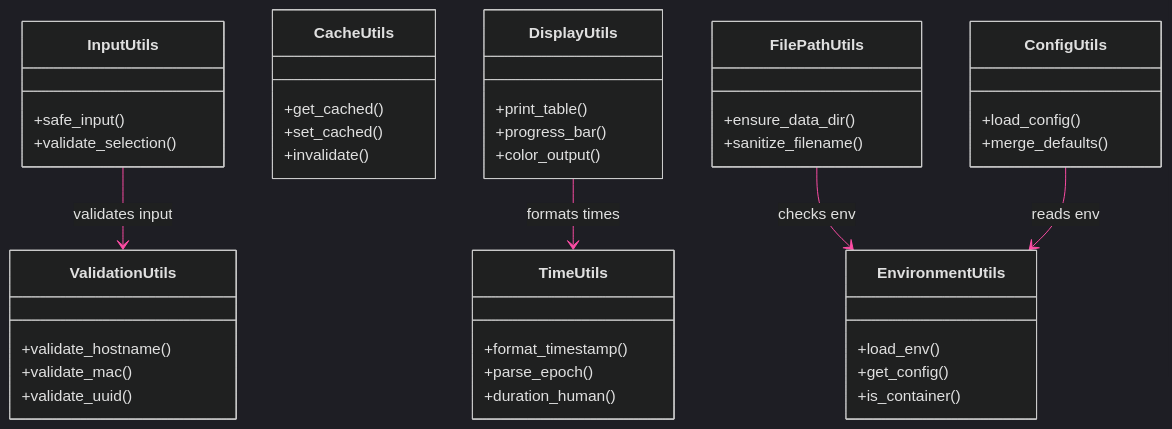
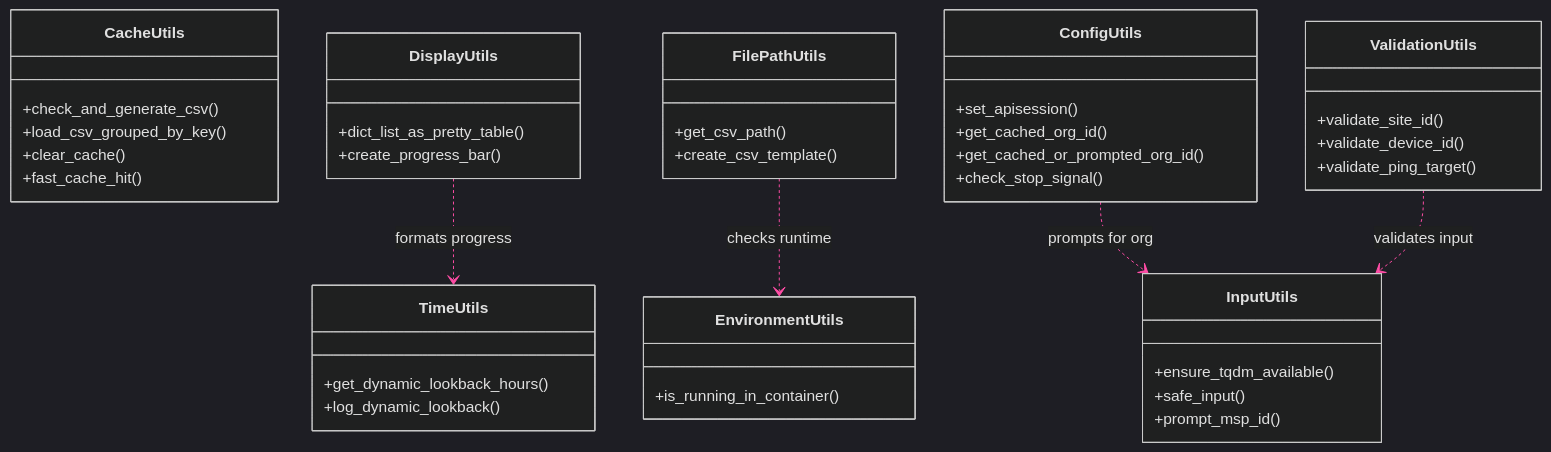
Before and after one commit to jmorrison-juniper/MistHelper: the first of 4 diagrams in documentation/diagrams/class-hierarchy/utilities.md, drawn with Mermaid. The commit also changed other lines of this file and 110 other files, not shown here.

````diff
--- a/documentation/diagrams/class-hierarchy/utilities.md
+++ b/documentation/diagrams/class-hierarchy/utilities.md
@@ -9,56 +11,56 @@
 ```mermaid
 %%{init: {'theme': 'dark', 'themeVariables': {
   'primaryColor': '#E20074',
   'primaryTextColor': '#E0E0E0',
   'primaryBorderColor': '#99004D',
   'lineColor': '#FF4DA6',
   'secondaryColor': '#16213E',
   'tertiaryColor': '#1A1A2E',
   'fontFamily': 'ui-monospace, monospace'
 }}}%%
 classDiagram
     direction TB
 
     class TimeUtils {
-        +format_timestamp()
-        +parse_epoch()
-        +duration_human()
+        +get_dynamic_lookback_hours()
+        +log_dynamic_lookback()
     }
     class InputUtils {
+        +ensure_tqdm_available()
         +safe_input()
-        +validate_selection()
+        +prompt_msp_id()
     }
     class CacheUtils {
-        +get_cached()
-        +set_cached()
-        +invalidate()
+        +check_and_generate_csv()
+        +load_csv_grouped_by_key()
+        +clear_cache()
+        +fast_cache_hit()
     }
     class DisplayUtils {
-        +print_table()
-        +progress_bar()
-        +color_output()
+        +dict_list_as_pretty_table()
+        +create_progress_bar()
     }
     class FilePathUtils {
-        +ensure_data_dir()
-        +sanitize_filename()
+        +get_csv_path()
+        +create_csv_template()
     }
     class EnvironmentUtils {
-        +load_env()
-        +get_config()
-        +is_container()
+        +is_running_in_container()
     }
     class ValidationUtils {
-        +validate_hostname()
-        +validate_mac()
-        +validate_uuid()
+        +validate_site_id()
+        +validate_device_id()
+        +validate_ping_target()
     }
     class ConfigUtils {
-        +load_config()
-        +merge_defaults()
+        +set_apisession()
+        +get_cached_org_id()
+        +get_cached_or_prompted_org_id()
+        +check_stop_signal()
     }
 
-    InputUtils --> ValidationUtils : validates input
-    FilePathUtils --> EnvironmentUtils : checks env
-    DisplayUtils --> TimeUtils : formats times
-    ConfigUtils --> EnvironmentUtils : reads env
+    ConfigUtils ..> InputUtils : prompts for org
+    FilePathUtils ..> EnvironmentUtils : checks runtime
+    DisplayUtils ..> TimeUtils : formats progress
+    ValidationUtils ..> InputUtils : validates input
 ```
````
